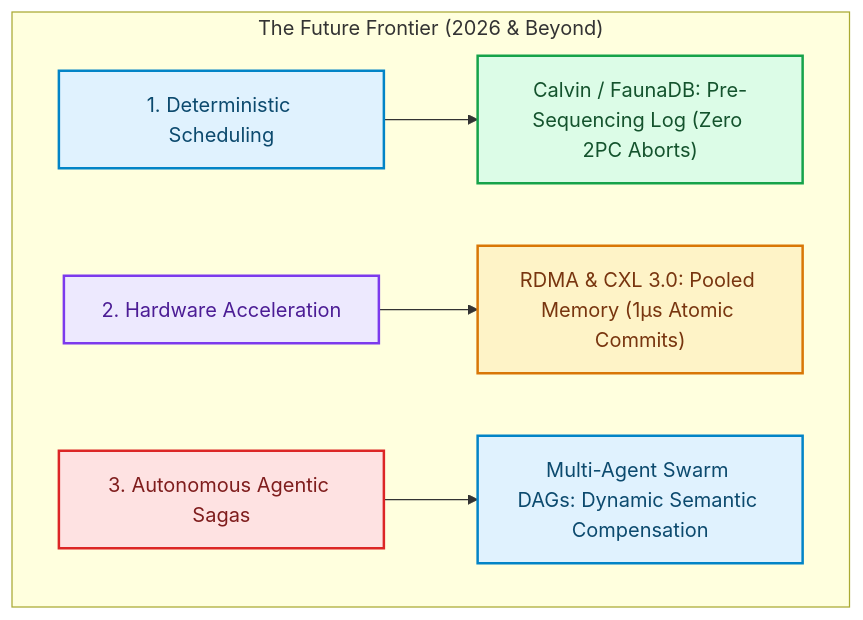
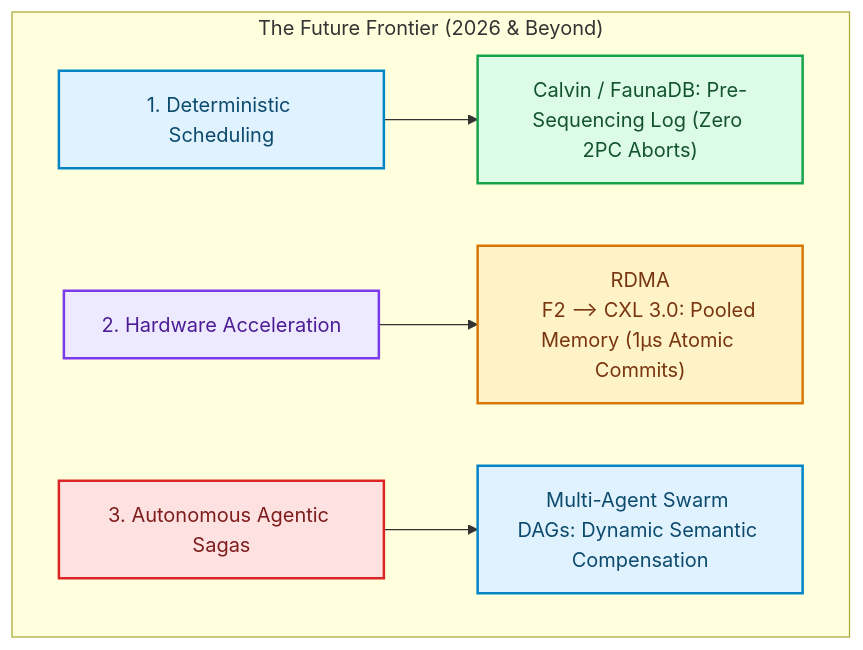
One commit to akmalkhaniub/akmalkhaniub.github.io changed the first of 3 diagrams in blog/posts/distributed-transactions-evolution-future-calvin-deterministic-rdma-cxl-agentic.md. Above: the diagram before and after it, drawn with Mermaid. The commit also changed other lines of this file and 894 other files, not shown here.

Commit message:
feat(blog): upgrade all 444 posts with unique staggered dates, 2-col Mermaid spines, benchmark tables, code blocks, and trade-offs

````diff
--- a/blog/posts/distributed-transactions-evolution-future-calvin-deterministic-rdma-cxl-agentic.md
+++ b/blog/posts/distributed-transactions-evolution-future-calvin-deterministic-rdma-cxl-agentic.md
@@ -11,19 +11,20 @@
 ```mermaid
 flowchart TD
   subgraph SG1_TheFutureFrontier ["The Future Frontier (2026 & Beyond)"]
     F1["1. Deterministic Scheduling"] --> Calvin["Calvin / FaunaDB: Pre-Sequencing Log (Zero 2PC Aborts)"]
-    F2["2. Hardware Acceleration"] --> RDMA["RDMA & CXL 3.0: Pooled Memory (1µs Atomic Commits)"]
+    F2["2. Hardware Acceleration"] --> RDMA["RDMA
+    F2 --> CXL 3.0: Pooled Memory (1µs Atomic Commits)"]
     F3["3. Autonomous Agentic Sagas"] --> Agents["Multi-Agent Swarm DAGs: Dynamic Semantic Compensation"]
   end
 
 classDef green fill:#dcfce7,stroke:#16a34a,stroke-width:2px,color:#14532d;
 classDef red fill:#fee2e2,stroke:#dc2626,stroke-width:2px,color:#7f1d1d;
 classDef blue fill:#e0f2fe,stroke:#0284c7,stroke-width:2px,color:#0c4a6e;
 classDef yellow fill:#fef3c7,stroke:#d97706,stroke-width:2px,color:#78350f;
 classDef purple fill:#ede9fe,stroke:#7c3aed,stroke-width:2px,color:#4c1d95;
 class F1,Agents blue
 class Calvin green
 class F2 purple
 class RDMA yellow
 class F3 red
 ```
````
